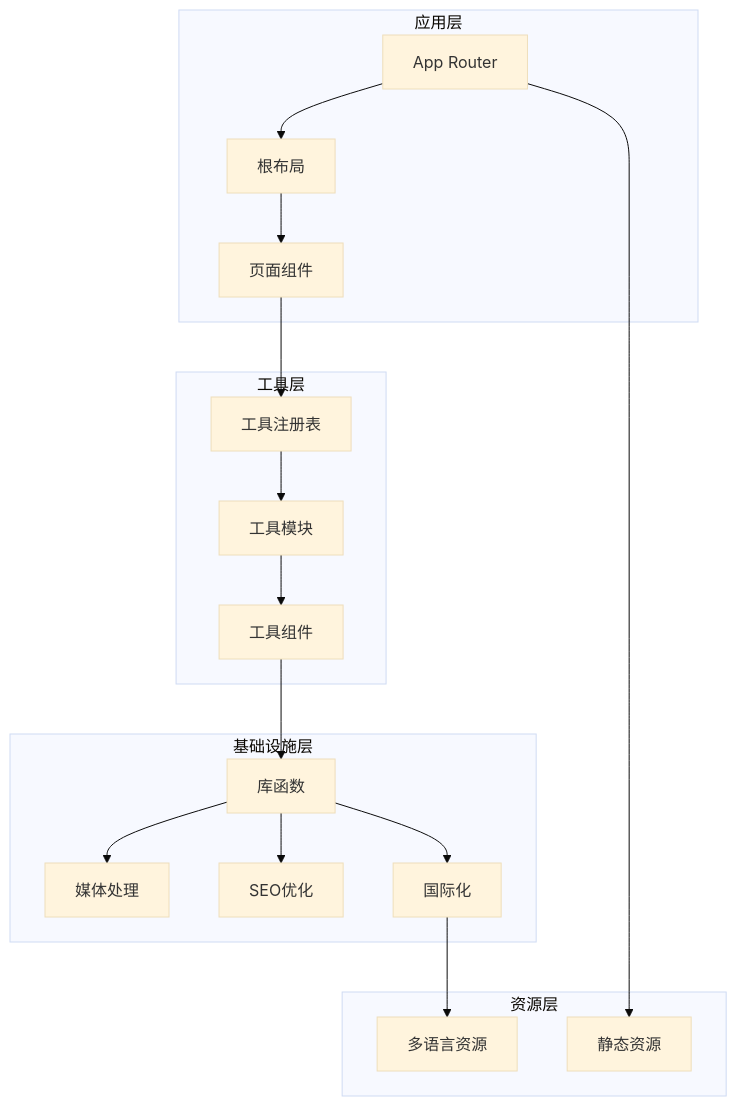
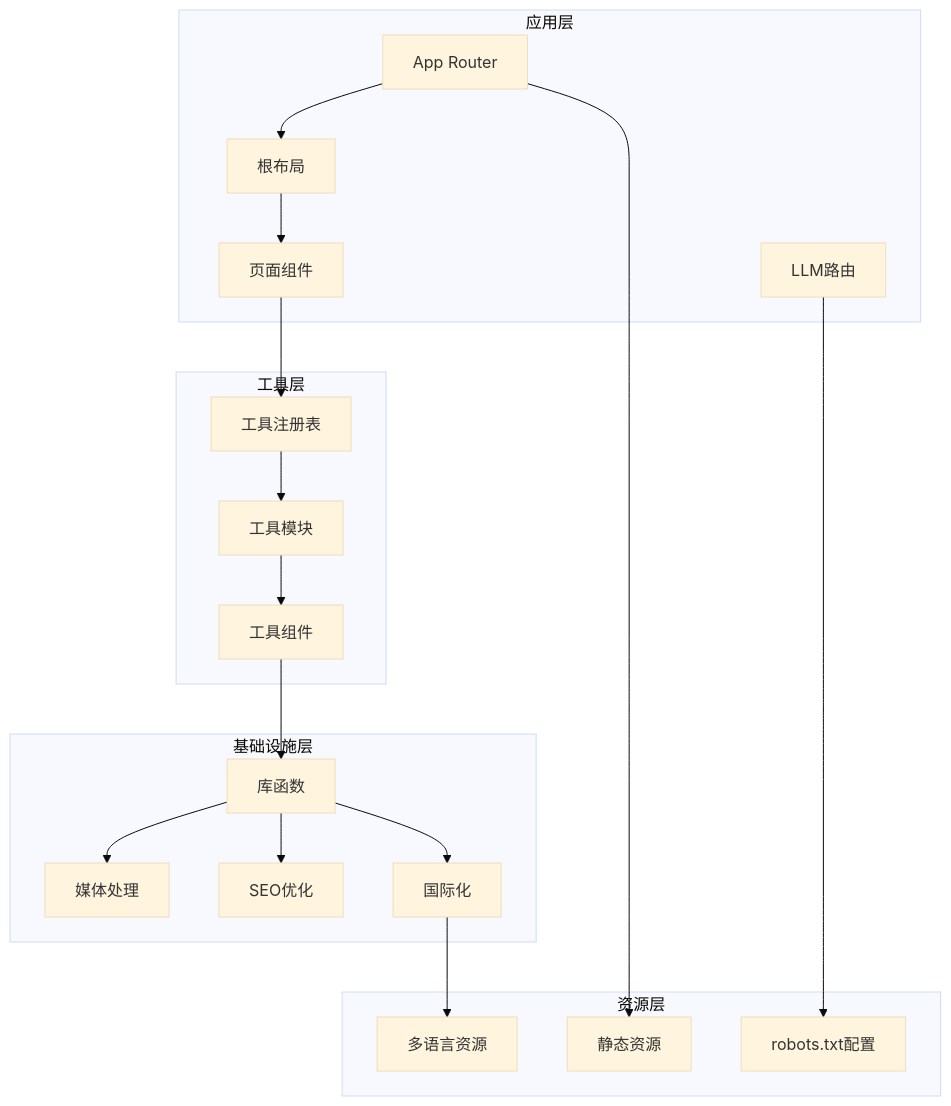
One commit to sgyy/privadeck changed the first of 10 diagrams in .qoder/repowiki/zh/content/性能优化/SEO内容交付系统.md. Above: the diagram before and after it, drawn with Mermaid (base theme). The commit also changed other lines of this file and 3 other files, not shown here.

````diff
--- a/.qoder/repowiki/zh/content/性能优化/SEO内容交付系统.md
+++ b/.qoder/repowiki/zh/content/性能优化/SEO内容交付系统.md
@@ -44,34 +58,37 @@
 ```mermaid
 graph TB
 subgraph "应用层"
 APP[App Router]
 LAYOUT[根布局]
 PAGES[页面组件]
+LLM_ROUTES[LLM路由]
 end
 subgraph "工具层"
 REGISTRY[工具注册表]
 TOOLS[工具模块]
 COMPONENTS[工具组件]
 end
 subgraph "基础设施层"
 LIB[库函数]
 MEDIA[媒体处理]
 SEO[SEO优化]
 I18N[国际化]
 end
 subgraph "资源层"
 MESSAGES[多语言资源]
 PUBLIC[静态资源]
+ROBOTS_TXT[robots.txt配置]
 end
 APP --> LAYOUT
 LAYOUT --> PAGES
 PAGES --> REGISTRY
 REGISTRY --> TOOLS
 TOOLS --> COMPONENTS
 COMPONENTS --> LIB
 LIB --> MEDIA
 LIB --> SEO
 LIB --> I18N
 I18N --> MESSAGES
+LLM_ROUTES --> ROBOTS_TXT
 APP --> PUBLIC
 ```
````
